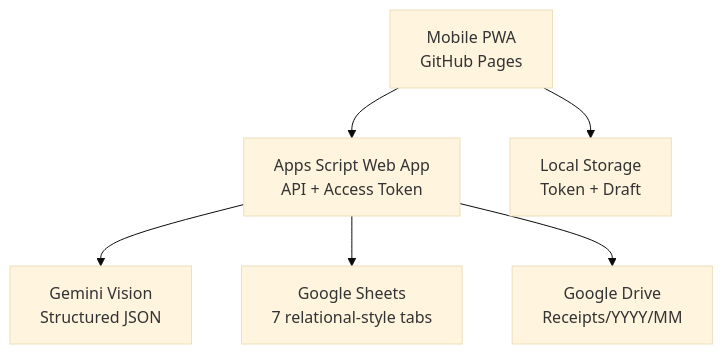
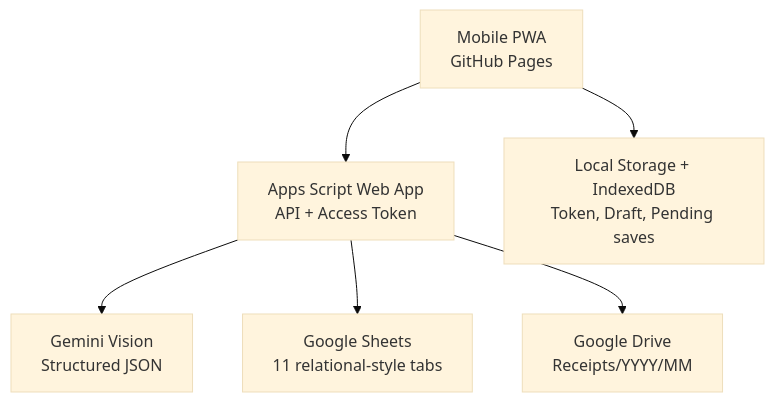
The diagram in ARCHITECTURE.md (aodxx/Pem), drawn with Mermaid (base theme) before and after one commit. The commit also changed other lines of this file and 44 other files, not shown here.

````diff
--- a/ARCHITECTURE.md
+++ b/ARCHITECTURE.md
@@ -3,8 +3,8 @@
 ```mermaid
 flowchart TD
   A["Mobile PWA<br/>GitHub Pages"] --> B["Apps Script Web App<br/>API + Access Token"]
   B --> C["Gemini Vision<br/>Structured JSON"]
-  B --> D["Google Sheets<br/>7 relational-style tabs"]
+  B --> D["Google Sheets<br/>11 relational-style tabs"]
   B --> E["Google Drive<br/>Receipts/YYYY/MM"]
-  A --> F["Local Storage<br/>Token + Draft"]
+  A --> F["Local Storage + IndexedDB<br/>Token, Draft, Pending saves"]
 ```
````
